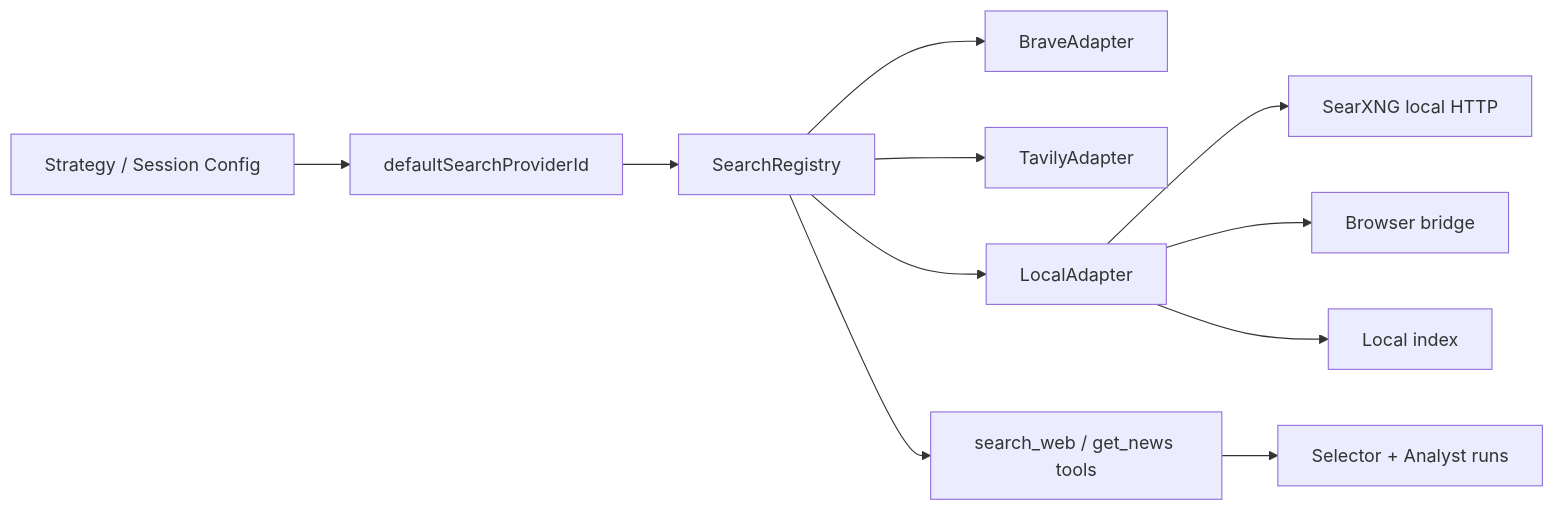
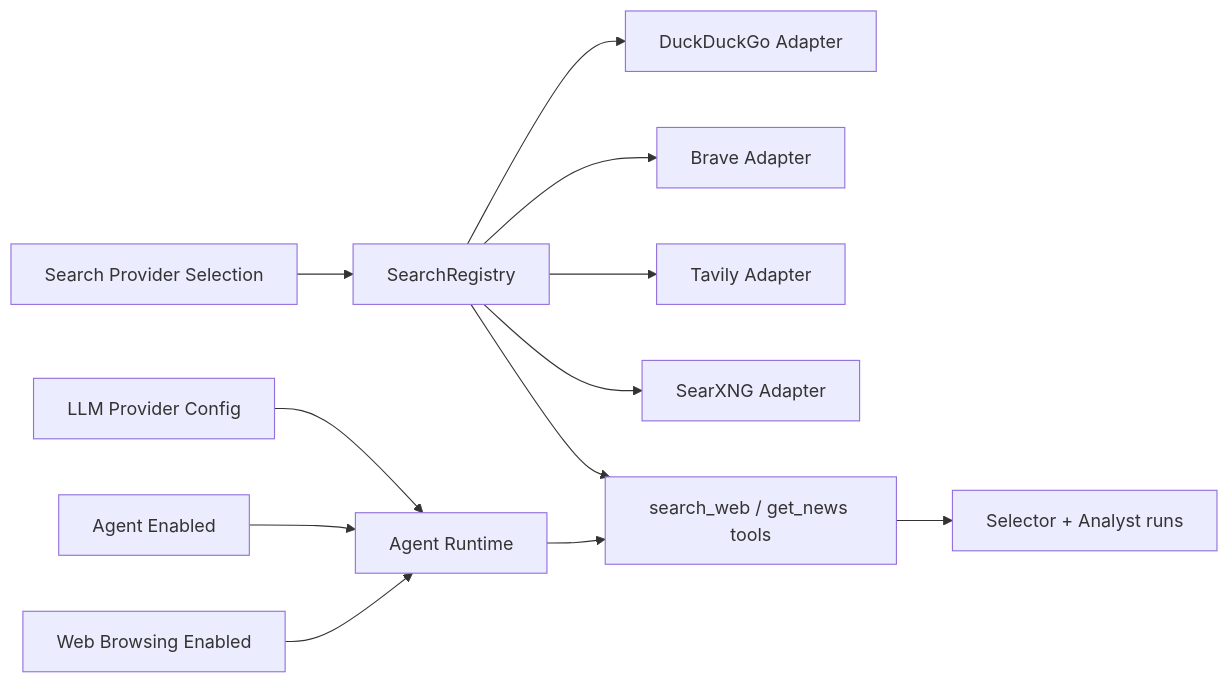
Before and after one commit to KennethAtchon/Exva: the diagram in docs/plan/local-search-provider-plan.md, drawn with Mermaid. The commit also changed other lines of this file and 16 other files, not shown here.

First line of the commit message:
Implement DuckDuckGo as a built-in search provider and enhance search provider management

````diff
--- a/docs/plan/local-search-provider-plan.md
+++ b/docs/plan/local-search-provider-plan.md
@@ -50,13 +52,14 @@
 ```mermaid
 flowchart LR
-  A[Strategy / Session Config] --> B[defaultSearchProviderId]
-  B --> C[SearchRegistry]
-  C --> D1[BraveAdapter]
-  C --> D2[TavilyAdapter]
-  C --> D3[LocalAdapter]
-  D3 --> E1[SearXNG local HTTP]
-  D3 --> E2[Browser bridge]
-  D3 --> E3[Local index]
-  C --> F[search_web / get_news tools]
-  F --> G[Selector + Analyst runs]
+  A[LLM Provider Config] --> H[Agent Runtime]
+  B[Agent Enabled] --> H
+  C[Web Browsing Enabled] --> H
+  D[Search Provider Selection] --> E[SearchRegistry]
+  E --> F1[DuckDuckGo Adapter]
+  E --> F2[Brave Adapter]
+  E --> F3[Tavily Adapter]
+  E --> F4[SearXNG Adapter]
+  H --> G[search_web / get_news tools]
+  E --> G
+  G --> I[Selector + Analyst runs]
 ```
````
